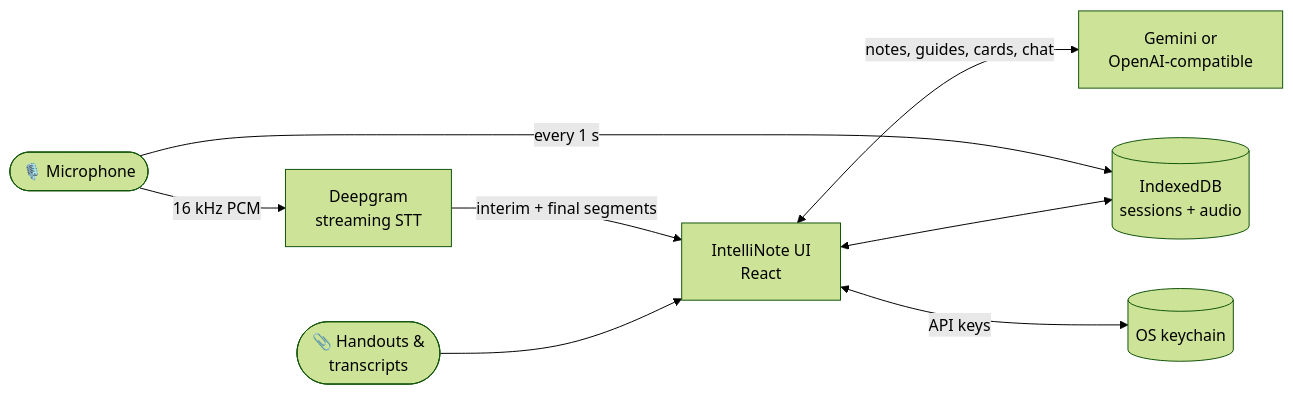
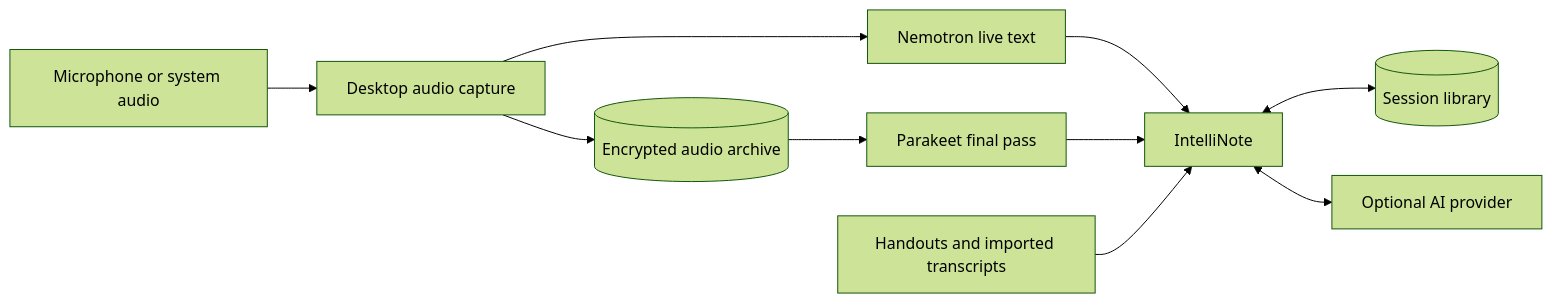
The diagram in README.md (r3tr0hck342/IntelliNote5000), drawn with Mermaid (forest theme) before and after one commit. The commit also changed other lines of this file and 10 other files, not shown here.

````diff
--- a/README.md
+++ b/README.md
@@ -56,10 +57,12 @@
 ```mermaid
 flowchart LR
-    Mic([🎙️ Microphone]) -->|16 kHz PCM| DG[Deepgram<br/>streaming STT]
-    Mic -->|every 1 s| IDB[(IndexedDB<br/>sessions + audio)]
-    DG -->|interim + final segments| App[IntelliNote UI<br/>React]
-    Files([📎 Handouts &<br/>transcripts]) --> App
-    App <-->|notes, guides, cards, chat| AI[Gemini or<br/>OpenAI-compatible]
-    App <--> IDB
-    App <-->|API keys| KC[(OS keychain)]
+    Input[Microphone or system audio] --> Capture[Desktop audio capture]
+    Capture --> Archive[(Encrypted audio archive)]
+    Capture --> Live[Nemotron live text]
+    Archive --> Final[Parakeet final pass]
+    Live --> App[IntelliNote]
+    Final --> App
+    Files[Handouts and imported transcripts] --> App
+    App <--> IDB[(Session library)]
+    App <--> AI[Optional AI provider]
 ```
````
